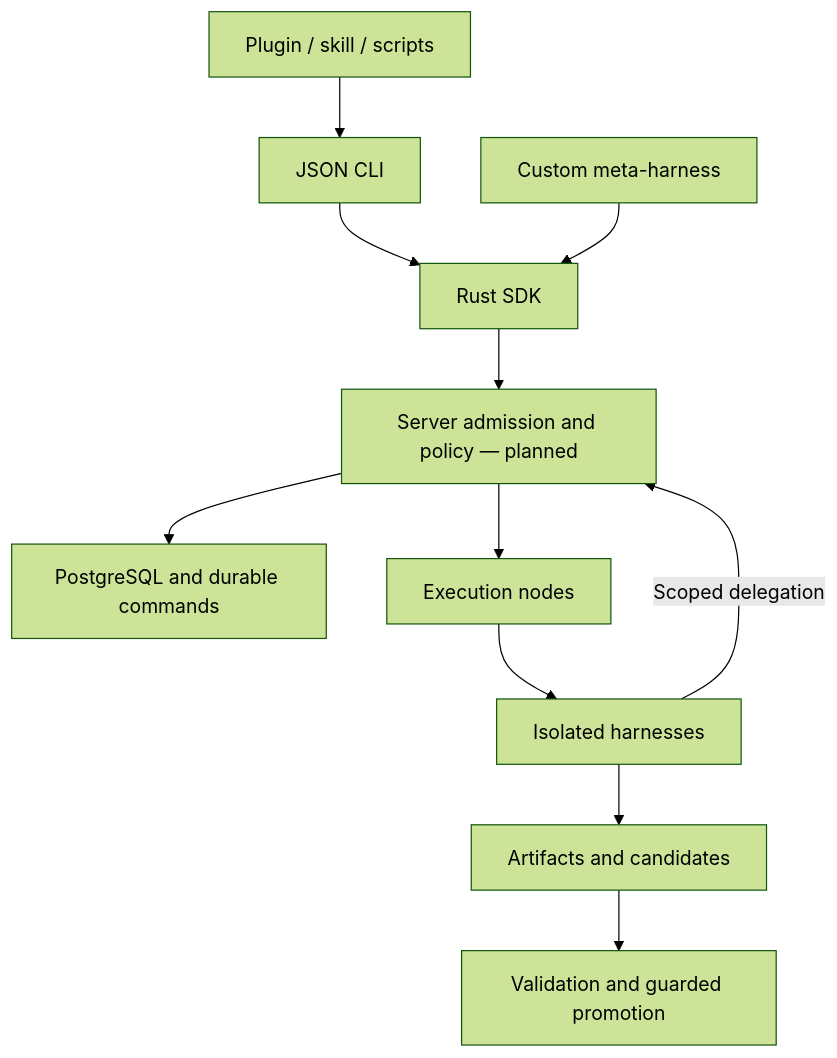
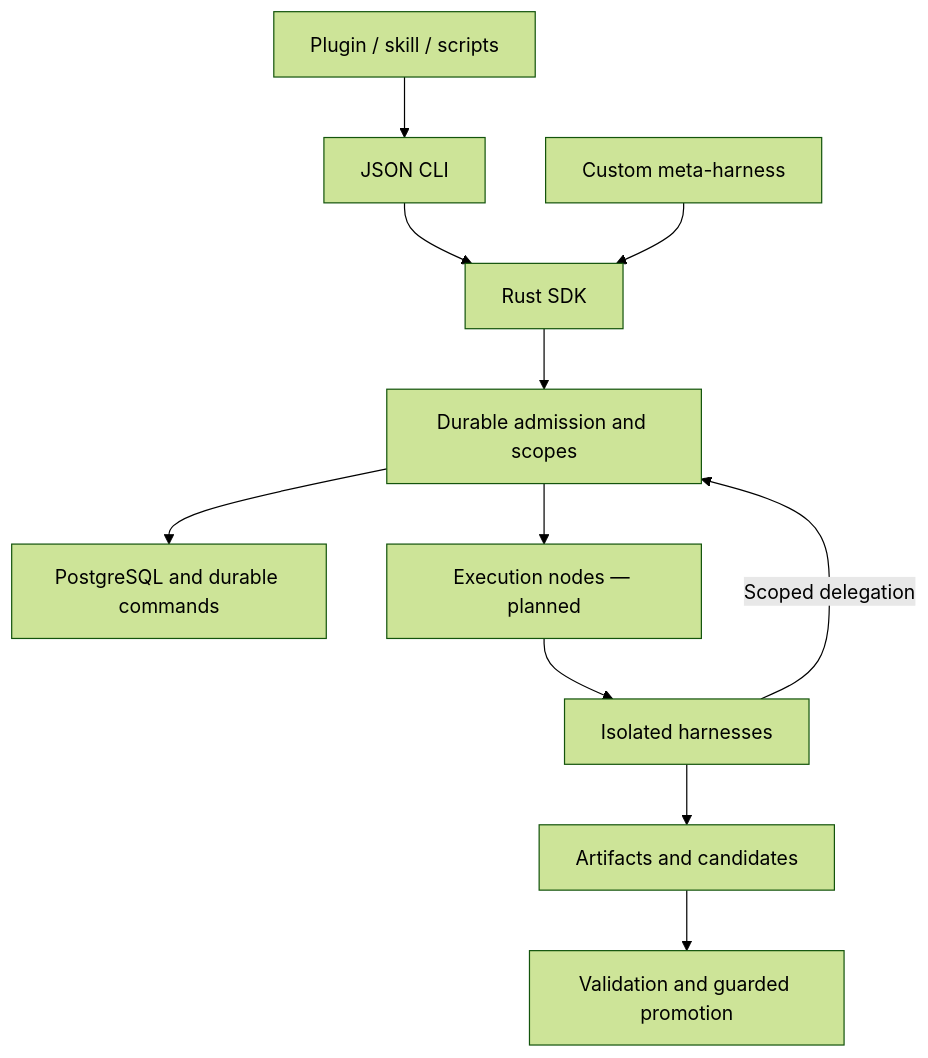
One commit to vamsiramakrishnan/branchyard changed the diagram in README.md. Above: the diagram before and after it, drawn with Mermaid (forest theme). The commit also changed other lines of this file and 29 other files, not shown here.

Commit message:
Add durable server admission and dynamic graph transactions

````diff
--- a/README.md
+++ b/README.md
@@ -87,13 +89,13 @@
 ```mermaid
 flowchart TD
     Plugin["Plugin / skill / scripts"] --> CLI["JSON CLI"]
     CLI --> SDK["Rust SDK"]
     App["Custom meta-harness"] --> SDK
-    SDK --> Server["Server admission and policy — planned"]
+    SDK --> Server["Durable admission and scopes"]
     Server --> State["PostgreSQL and durable commands"]
-    Server --> Nodes["Execution nodes"]
+    Server --> Nodes["Execution nodes — planned"]
     Nodes --> Sandboxes["Isolated harnesses"]
     Sandboxes -->|"Scoped delegation"| Server
     Sandboxes --> Results["Artifacts and candidates"]
     Results --> Integration["Validation and guarded promotion"]
 ```
````
